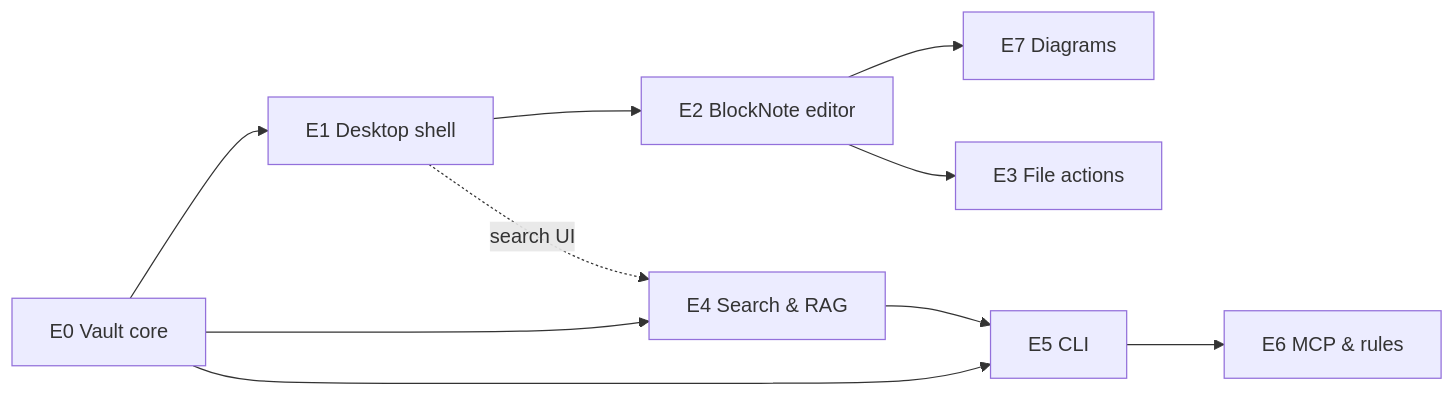
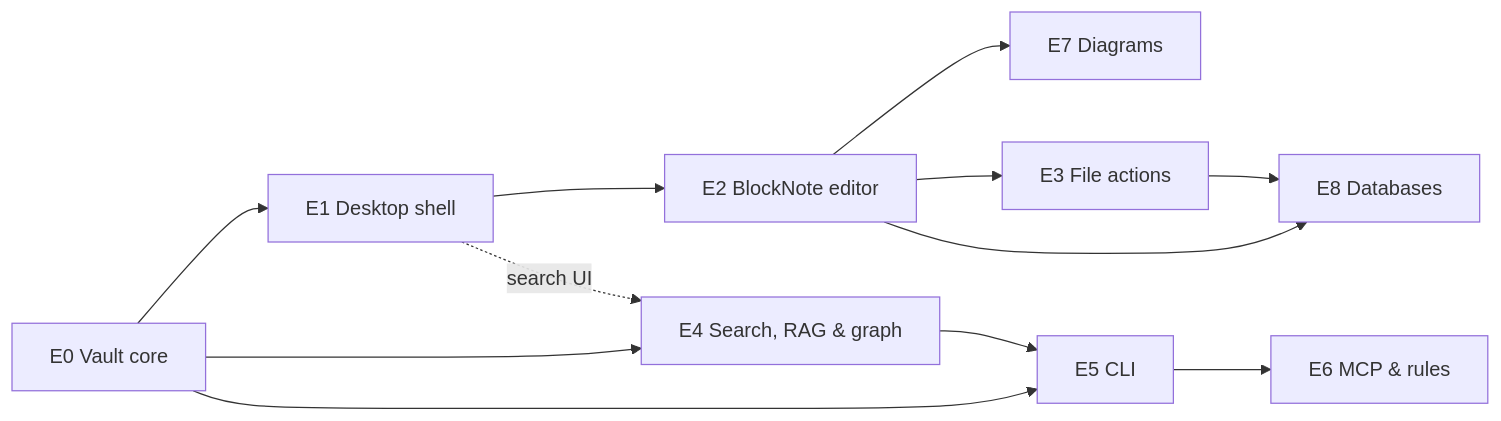
One commit to muhammaddadu/second-brain changed the diagram in docs/product/epics/index.md. Above: the diagram before and after it, drawn with Mermaid. The commit also changed other lines of this file and 7 other files, not shown here.

First line of the commit message:
docs: design databases (E8) and the E4 knowledge graph; drop Notion refs

````diff
--- a/docs/product/epics/index.md
+++ b/docs/product/epics/index.md
@@ -33,12 +34,14 @@
 ```mermaid
 graph LR
     E0[E0 Vault core] --> E1[E1 Desktop shell]
     E1 --> E2[E2 BlockNote editor]
     E2 --> E7[E7 Diagrams]
     E2 --> E3[E3 File actions]
-    E0 --> E4[E4 Search & RAG]
+    E0 --> E4[E4 Search, RAG & graph]
     E1 -.search UI.-> E4
     E4 --> E5[E5 CLI]
     E0 --> E5
     E5 --> E6[E6 MCP & rules]
+    E2 --> E8[E8 Databases]
+    E3 --> E8
 ```
````
